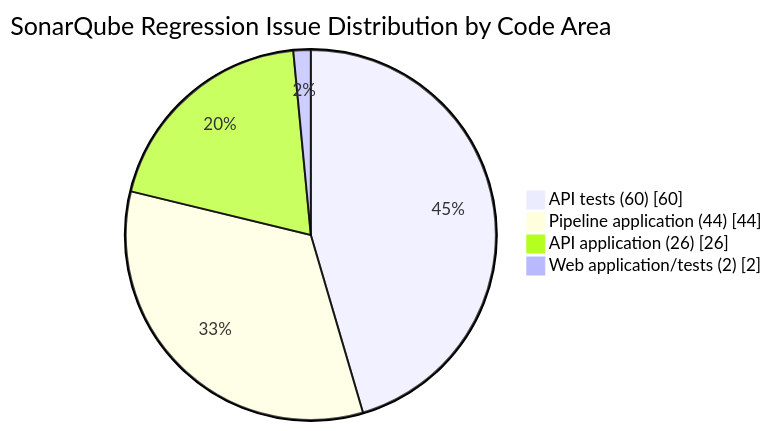
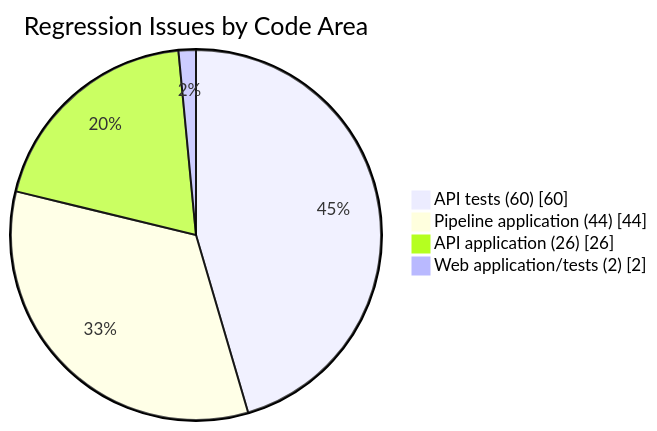
Before and after one commit to abedhossainn/PlantIQ: diagram 11 of 14 in docs/capstone/Final_Report.md, drawn with Mermaid. The commit also changed other lines of this file and 10 other files, not shown here.

````diff
--- a/docs/capstone/Final_Report.md
+++ b/docs/capstone/Final_Report.md
@@ -1281,8 +1314,8 @@
 ```mermaid
 pie showData
-   title SonarQube Regression Issue Distribution by Code Area
+   title Regression Issues by Code Area
    "API tests (60)" : 60
    "Pipeline application (44)" : 44
    "API application (26)" : 26
    "Web application/tests (2)" : 2
 ```
````
